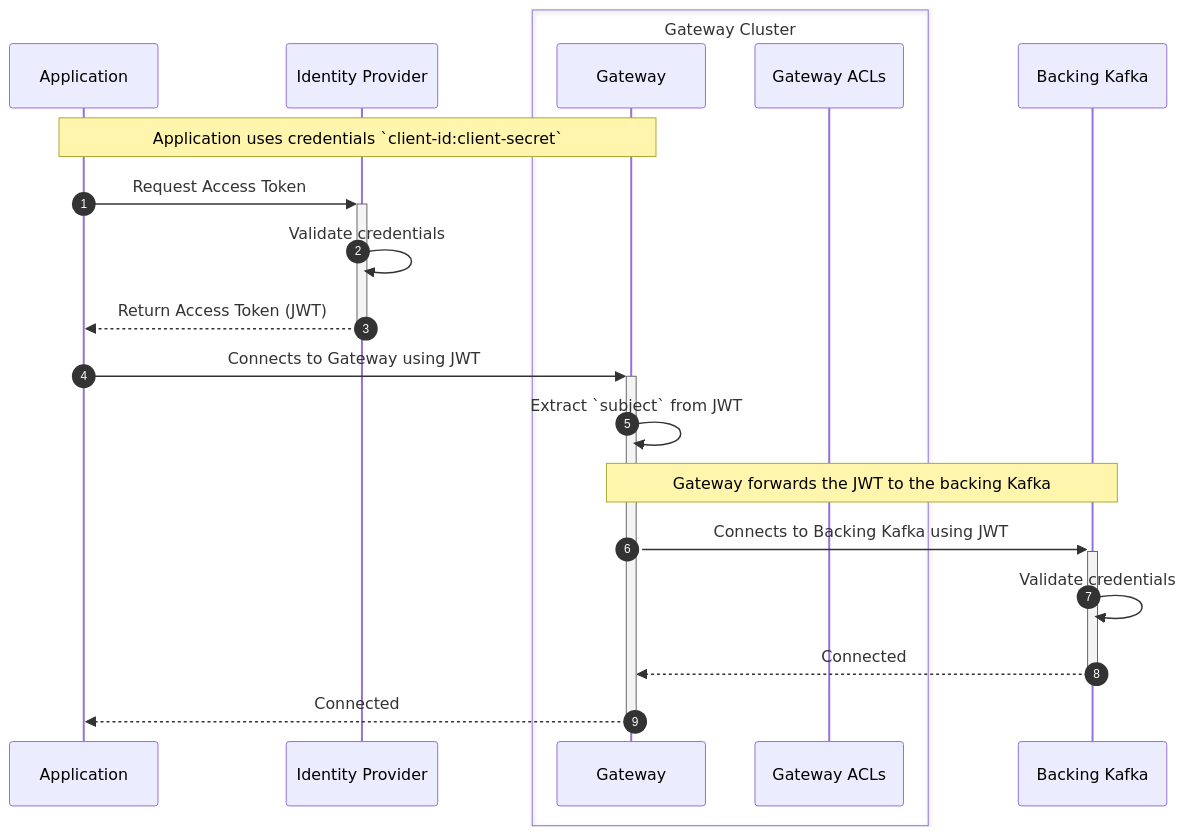
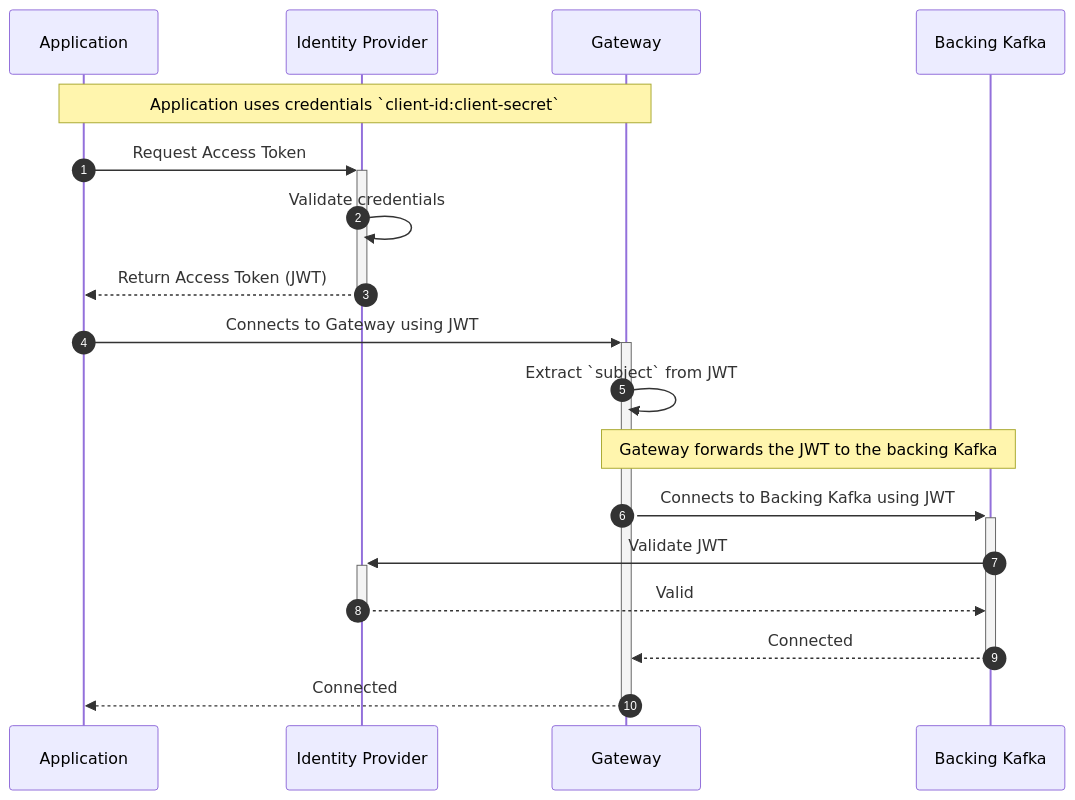
One commit to conduktor/conduktor-docs changed the seventh of 8 diagrams in docs/gateway/configuration/index.md. Above: the diagram before and after it, drawn with Mermaid. The commit also changed other lines of this file, not shown here.

Commit message:
Address comments

````diff
--- a/docs/gateway/configuration/index.md
+++ b/docs/gateway/configuration/index.md
@@ -151,23 +151,21 @@
 ```mermaid
 sequenceDiagram
 	autonumber
 	participant A as Application 
 	participant I as Identity Provider
-	box Gateway Cluster
     participant GW as Gateway
-    participant GW2 as Gateway ACLs
-    end
     participant K as Backing Kafka
 	
 	Note over A,GW: Application uses credentials `client-id:client-secret`
 	A->>+I: Request Access Token
 	I->>I: Validate credentials
     I-->>-A: Return Access Token (JWT)
     A->>+GW: Connects to Gateway using JWT
     GW->>GW: Extract `subject` from JWT
     Note over GW,K: Gateway forwards the JWT to the backing Kafka
     GW->>+K: Connects to Backing Kafka using JWT
-    K->>K: Validate credentials
+    K->>+I: Validate JWT
+    I-->>-K: Valid
     K-->>-GW: Connected
     GW-->>-A: Connected
 ```
````
